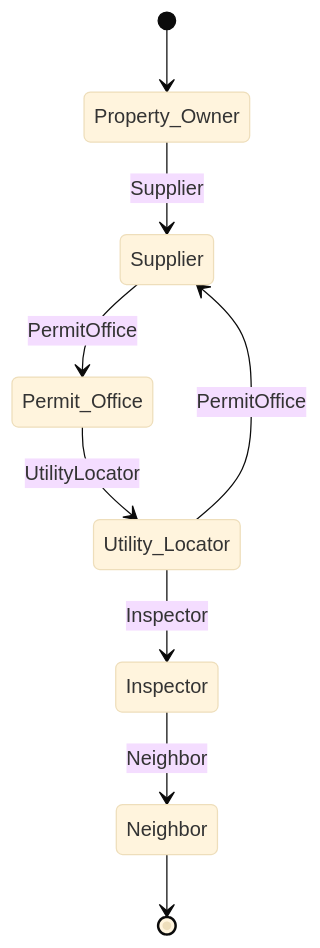
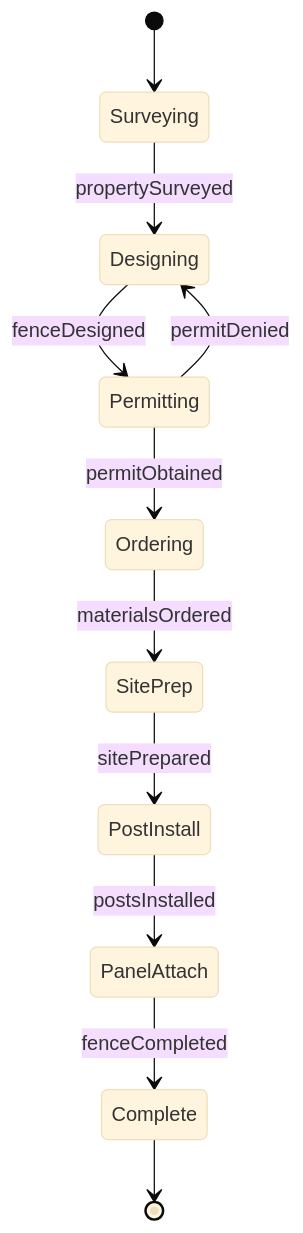
The second of 4 diagrams in HandlingAndMovingObjects/BuildStructures/InstallFencingBarriers.mdx (dot-org-ai/tasks.org.ai), drawn with Mermaid (base theme) before and after one commit. The commit also changed other lines of this file and 515 other files, not shown here.

````diff
--- a/HandlingAndMovingObjects/BuildStructures/InstallFencingBarriers.mdx
+++ b/HandlingAndMovingObjects/BuildStructures/InstallFencingBarriers.mdx
@@ -101,11 +99,13 @@
 ```mermaid
 stateDiagram-v2
-    [*] --> Property_Owner
-    Property_Owner --> Supplier: Supplier
-    Supplier --> Permit_Office: PermitOffice
-    Permit_Office --> Utility_Locator: UtilityLocator
-    Utility_Locator --> Inspector: Inspector
-    Inspector --> Neighbor: Neighbor
-    Utility_Locator --> Supplier: PermitOffice
-    Neighbor --> [*]
+    [*] --> Surveying
+    Surveying --> Designing : propertySurveyed
+    Designing --> Permitting : fenceDesigned
+    Permitting --> Ordering : permitObtained
+    Ordering --> SitePrep : materialsOrdered
+    SitePrep --> PostInstall : sitePrepared
+    PostInstall --> PanelAttach : postsInstalled
+    PanelAttach --> Complete : fenceCompleted
+    Permitting --> Designing : permitDenied
+    Complete --> [*]
 ```
````
